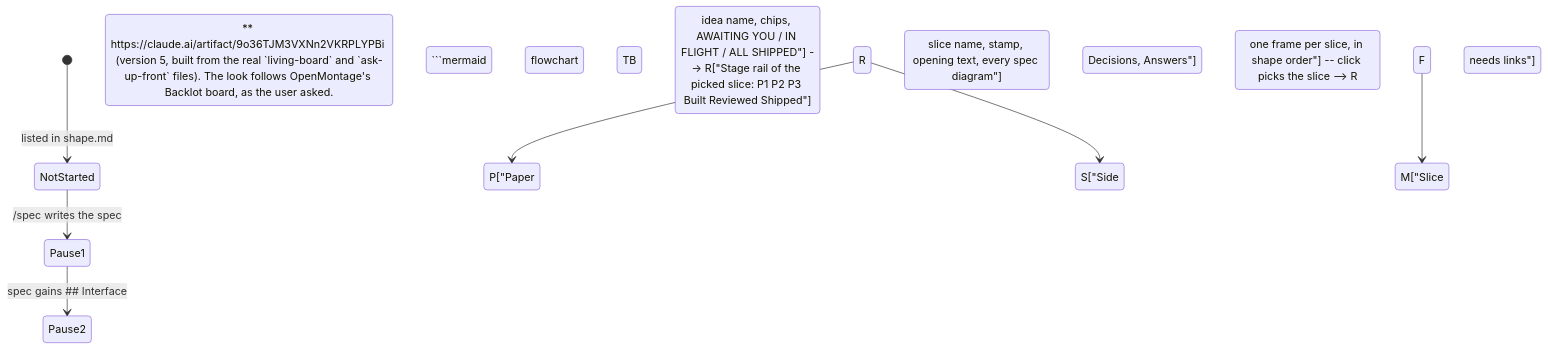
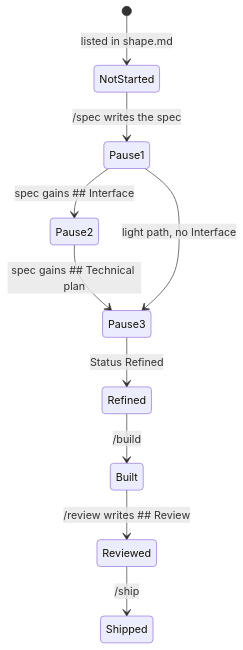
The second of 5 diagrams in docs/specs/idea-board.md (dzaffren/claude-plugin), drawn with Mermaid before and after one commit. The commit also changed other lines of this file and 3 other files, not shown here.

First line of the commit message:
docs(spec): mark idea-board built

````diff
--- a/docs/specs/idea-board.md
+++ b/docs/specs/idea-board.md
@@ -47,16 +47,12 @@
 ```mermaid
 stateDiagram-v2
   [*] --> NotStarted: listed in shape.md
   NotStarted --> Pause1: /spec writes the spec
   Pause1 --> Pause2: spec gains ## Interface
-
-**Preview:** https://claude.ai/artifact/9o36TJM3VXNn2VKRPLYPBi (version 5, built from the real `living-board` and `ask-up-front` files). The look follows OpenMontage's Backlot board, as the user asked.
-
-```mermaid
-flowchart TB
-  H["Header: idea name, chips, AWAITING YOU / IN FLIGHT / ALL SHIPPED"] --> R["Stage rail of the picked slice: P1 P2 P3 Built Reviewed Shipped"]
-  R --> P["Paper card: slice name, stamp, opening text, every spec diagram"]
-  R --> S["Side panels: Decisions, Answers"]
-  F["Filmstrip: one frame per slice, in shape order"] -- click picks the slice --> R
-  F --> M["Slice map: needs links"]
+  Pause2 --> Pause3: spec gains ## Technical plan
+  Pause1 --> Pause3: light path, no Interface
+  Pause3 --> Refined: Status Refined
+  Refined --> Built: /build
+  Built --> Reviewed: /review writes ## Review
+  Reviewed --> Shipped: /ship
 ```
````
